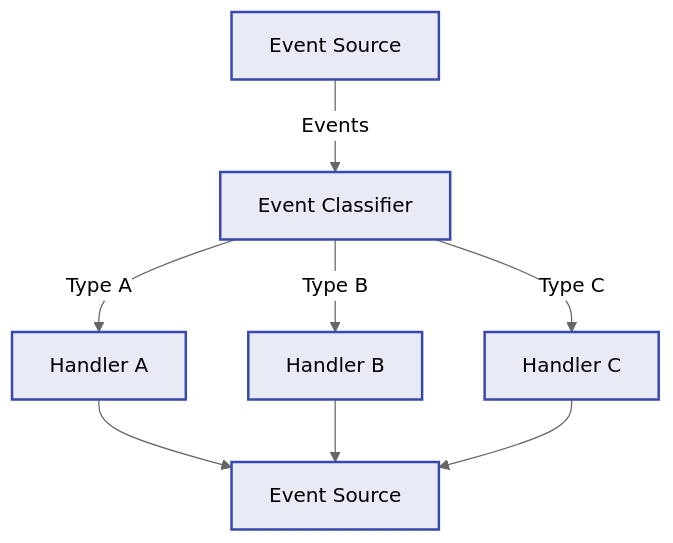
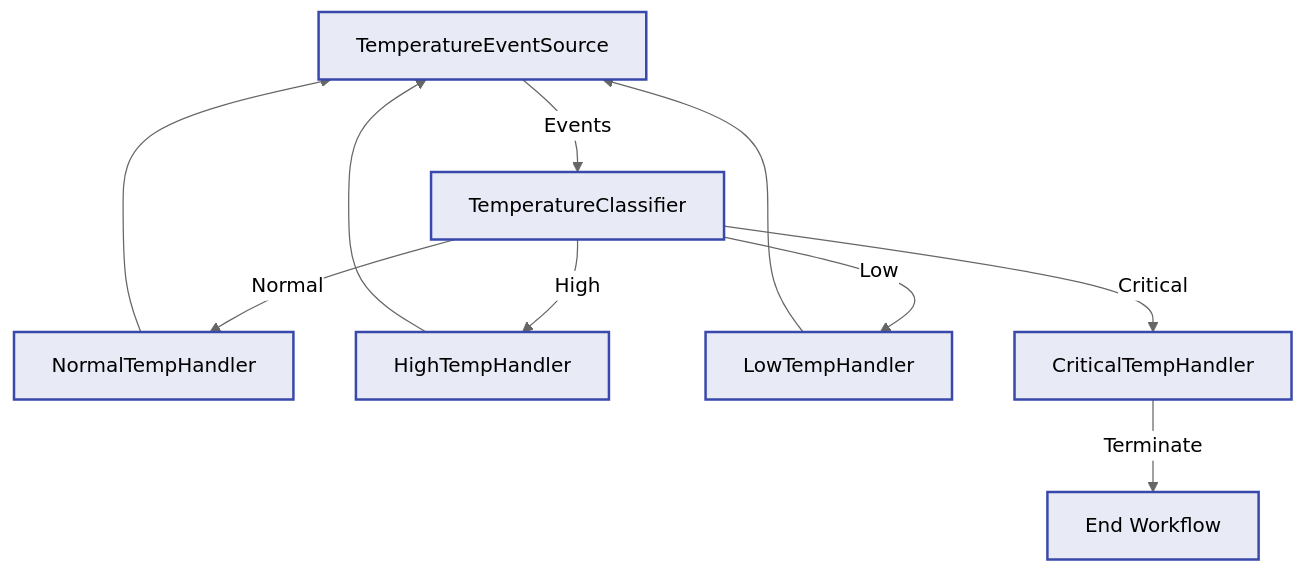
One commit to aitoroses/floxide changed the fifth of 9 diagrams in README.md. Above: the diagram before and after it, drawn with Mermaid (neutral theme). The commit also changed other lines of this file and 11 other files, not shown here.

````diff
--- a/README.md
+++ b/README.md
@@ -245,16 +237,19 @@
 ```mermaid
 graph TD
-    A["Event Source"] -->|Events| B["Event Classifier"]
-    B -->|Type A| C["Handler A"]
-    B -->|Type B| D["Handler B"]
-    B -->|Type C| E["Handler C"]
-    C --> F["Event Source"]
-    D --> F
-    E --> F
+    A["TemperatureEventSource"] -->|"Events"| B["TemperatureClassifier"]
+    B -->|"Normal"| C["NormalTempHandler"]
+    B -->|"High"| D["HighTempHandler"]
+    B -->|"Low"| E["LowTempHandler"]
+    B -->|"Critical"| F["CriticalTempHandler"]
+    C --> A
+    D --> A
+    E --> A
+    F -->|"Terminate"| G["End Workflow"]
     style A fill:#e8eaf6,stroke:#3949ab,stroke-width:2px,color:black
     style B fill:#e8eaf6,stroke:#3949ab,stroke-width:2px,color:black
     style C fill:#e8eaf6,stroke:#3949ab,stroke-width:2px,color:black
     style D fill:#e8eaf6,stroke:#3949ab,stroke-width:2px,color:black
     style E fill:#e8eaf6,stroke:#3949ab,stroke-width:2px,color:black
     style F fill:#e8eaf6,stroke:#3949ab,stroke-width:2px,color:black
+    style G fill:#e8eaf6,stroke:#3949ab,stroke-width:2px,color:black
 ```
````
